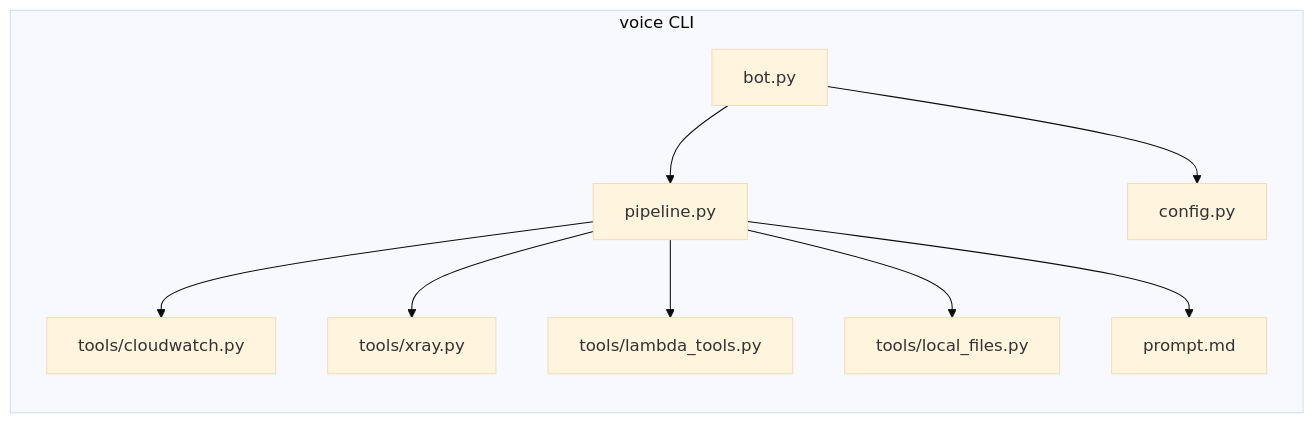
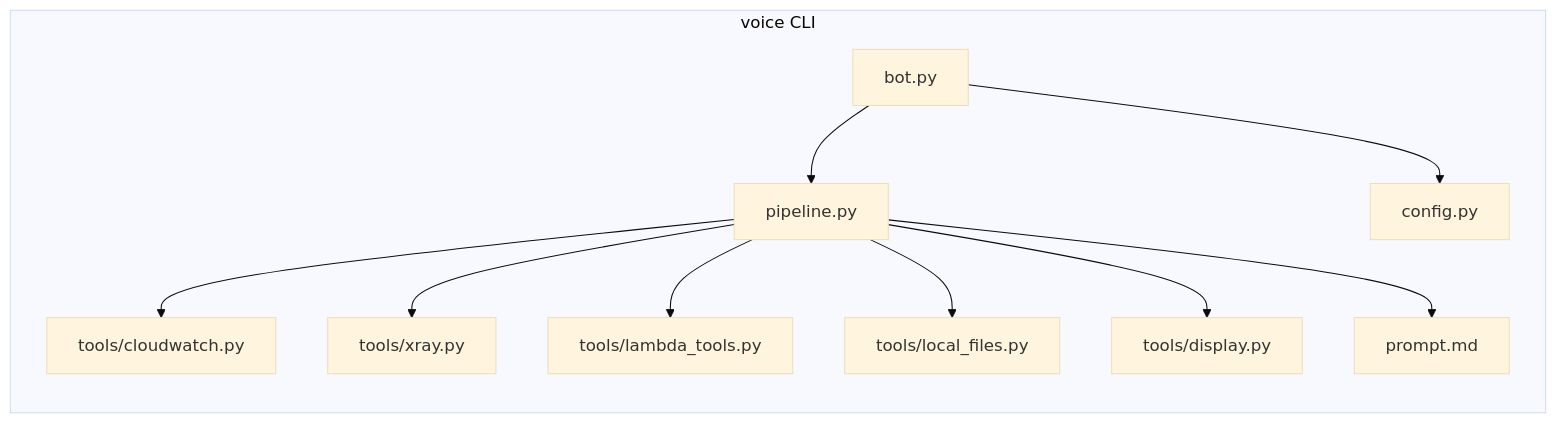
Before and after one commit to archive-of-deleted-repositories/wirjo__sample-apj-sup-sa: the third of 4 diagrams in ai-coding-assistants/voice-pair-debugger/architecture.md, drawn with Mermaid (base theme). The commit also changed other lines of this file and 11 other files, not shown here.

````diff
--- a/ai-coding-assistants/voice-pair-debugger/architecture.md
+++ b/ai-coding-assistants/voice-pair-debugger/architecture.md
@@ -143,12 +144,13 @@
 ```mermaid
 graph LR
     subgraph voice CLI
         A[bot.py] --> B[pipeline.py]
         B --> C[tools/cloudwatch.py]
         B --> D[tools/xray.py]
         B --> E[tools/lambda_tools.py]
         B --> F[tools/local_files.py]
+        B --> J[tools/display.py]
         A --> G[config.py]
         B --> I[prompt.md]
     end
 ```
````
